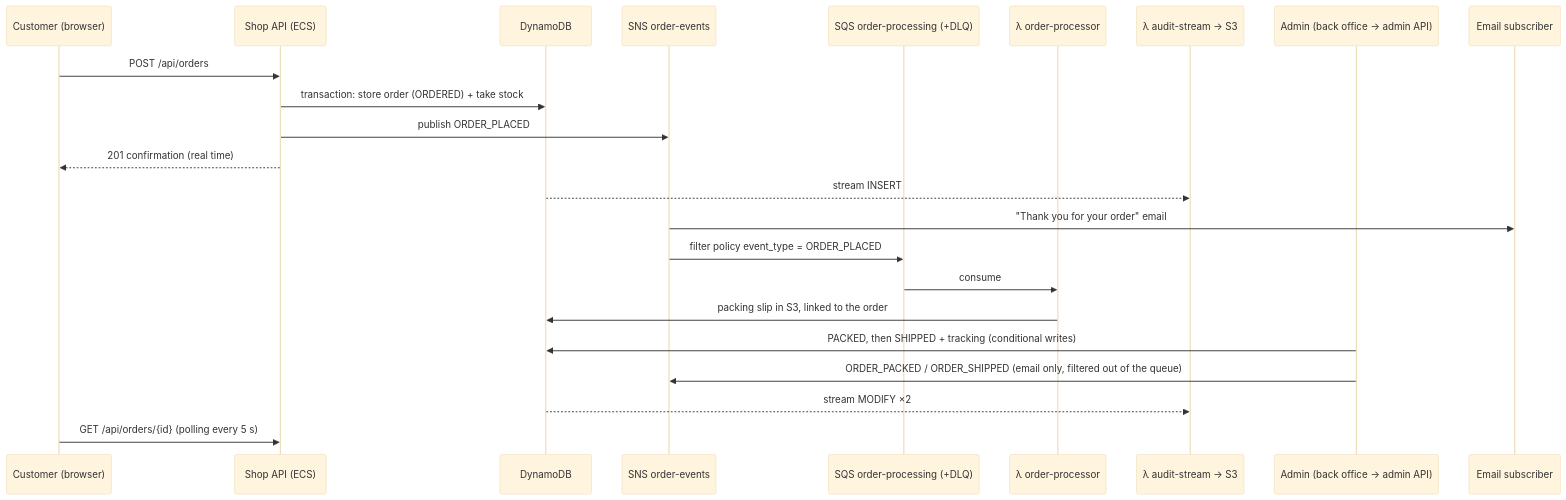
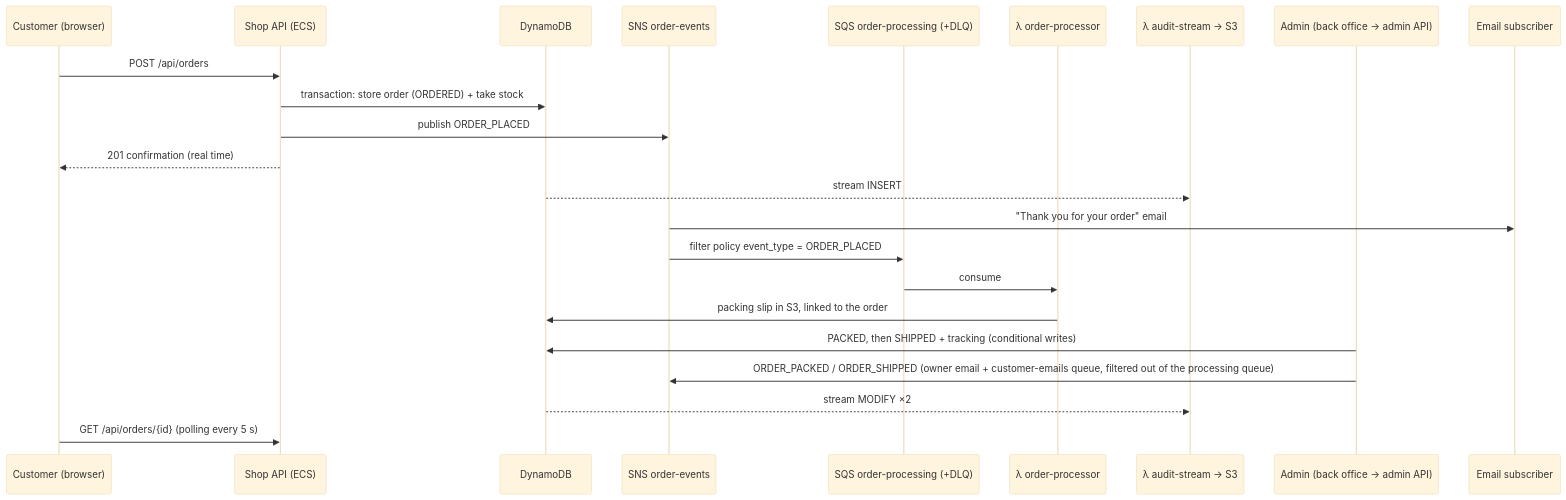
Before and after one commit to TrioGrenobleImt/AWS-victor-arnaud-cedric: the second of 2 diagrams in README.md, drawn with Mermaid (base theme). The commit also changed other lines of this file and 14 other files, not shown here.

First line of the commit message:
Email customers when an order is placed, packed, shipped or cancelled

````diff
--- a/README.md
+++ b/README.md
@@ -127,26 +127,26 @@
 ```mermaid
 sequenceDiagram
     participant C as Customer (browser)
     participant API as Shop API (ECS)
     participant DB as DynamoDB
     participant SNS as SNS order-events
     participant Q as SQS order-processing (+DLQ)
     participant W as λ order-processor
     participant A as λ audit-stream → S3
     participant B as Admin (back office → admin API)
     participant M as Email subscriber
 
     C->>API: POST /api/orders
     API->>DB: transaction: store order (ORDERED) + take stock
     API->>SNS: publish ORDER_PLACED
     API-->>C: 201 confirmation (real time)
     DB-->>A: stream INSERT
     SNS->>M: "Thank you for your order" email
     SNS->>Q: filter policy event_type = ORDER_PLACED
     Q->>W: consume
     W->>DB: packing slip in S3, linked to the order
     B->>DB: PACKED, then SHIPPED + tracking (conditional writes)
-    B->>SNS: ORDER_PACKED / ORDER_SHIPPED (email only, filtered out of the queue)
+    B->>SNS: ORDER_PACKED / ORDER_SHIPPED (owner email + customer-emails queue, filtered out of the processing queue)
     DB-->>A: stream MODIFY ×2
     C->>API: GET /api/orders/{id} (polling every 5 s)
 ```
````
